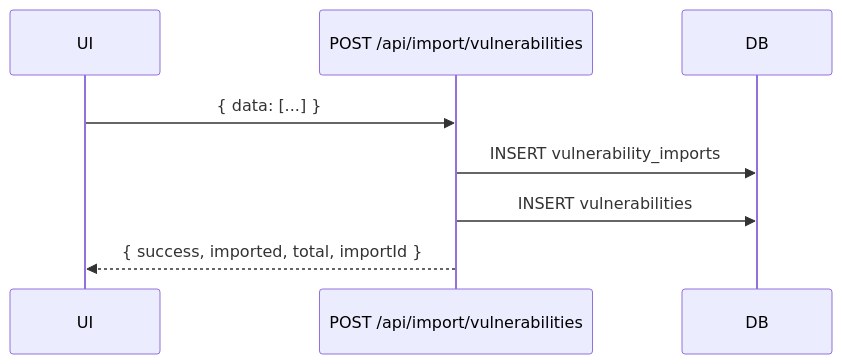
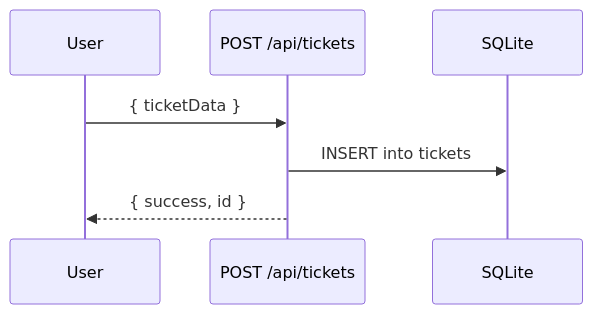
Before and after one commit to Lonnie-Bruton/HexTrackr: the third of 3 diagrams in docs-source/architecture/database.md, drawn with Mermaid. The commit also changed other lines of this file and 62 other files, not shown here.

````diff
--- a/docs-source/architecture/database.md
+++ b/docs-source/architecture/database.md
@@ -200,10 +92,10 @@
 ```mermaid
 sequenceDiagram
-	participant UI
-	participant API as POST /api/import/vulnerabilities
-	participant DB
-	UI->>API: { data: [...] }
-	API->>DB: INSERT vulnerability_imports
-	API->>DB: INSERT vulnerabilities
-	API-->>UI: { success, imported, total, importId }
+    participant User
+    participant API as POST /api/tickets
+    participant DB as SQLite
+
+    User->>API: { ticketData }
+    API->>DB: INSERT into tickets
+    API-->>User: { success, id }
 ```
````
